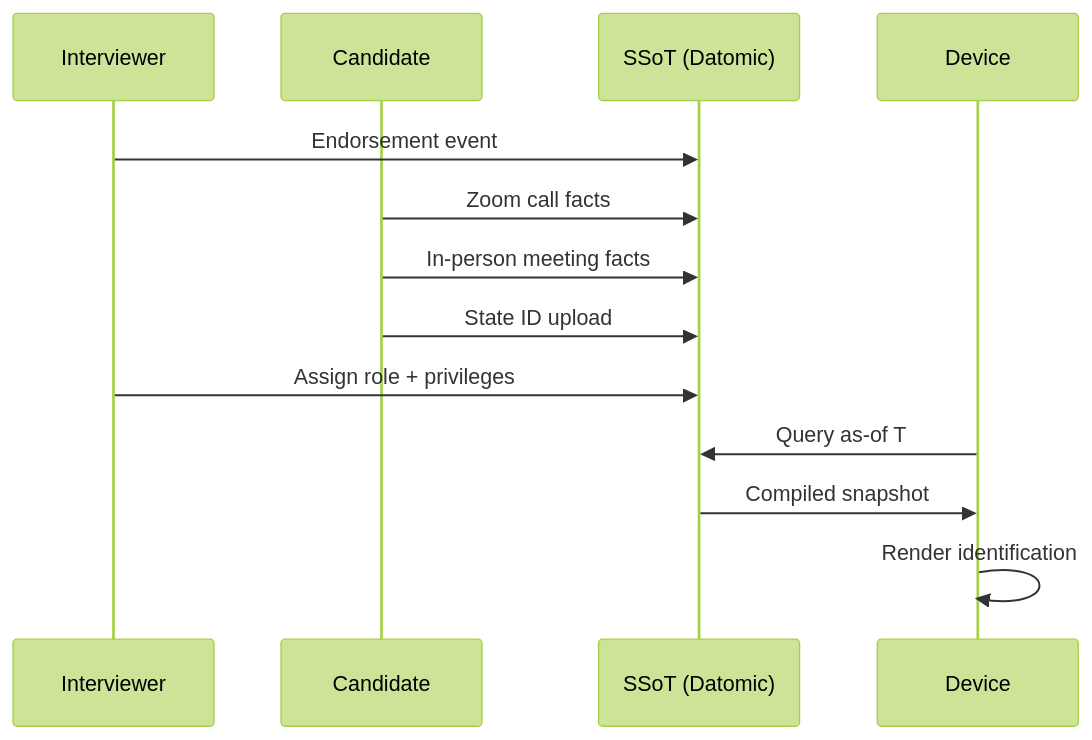
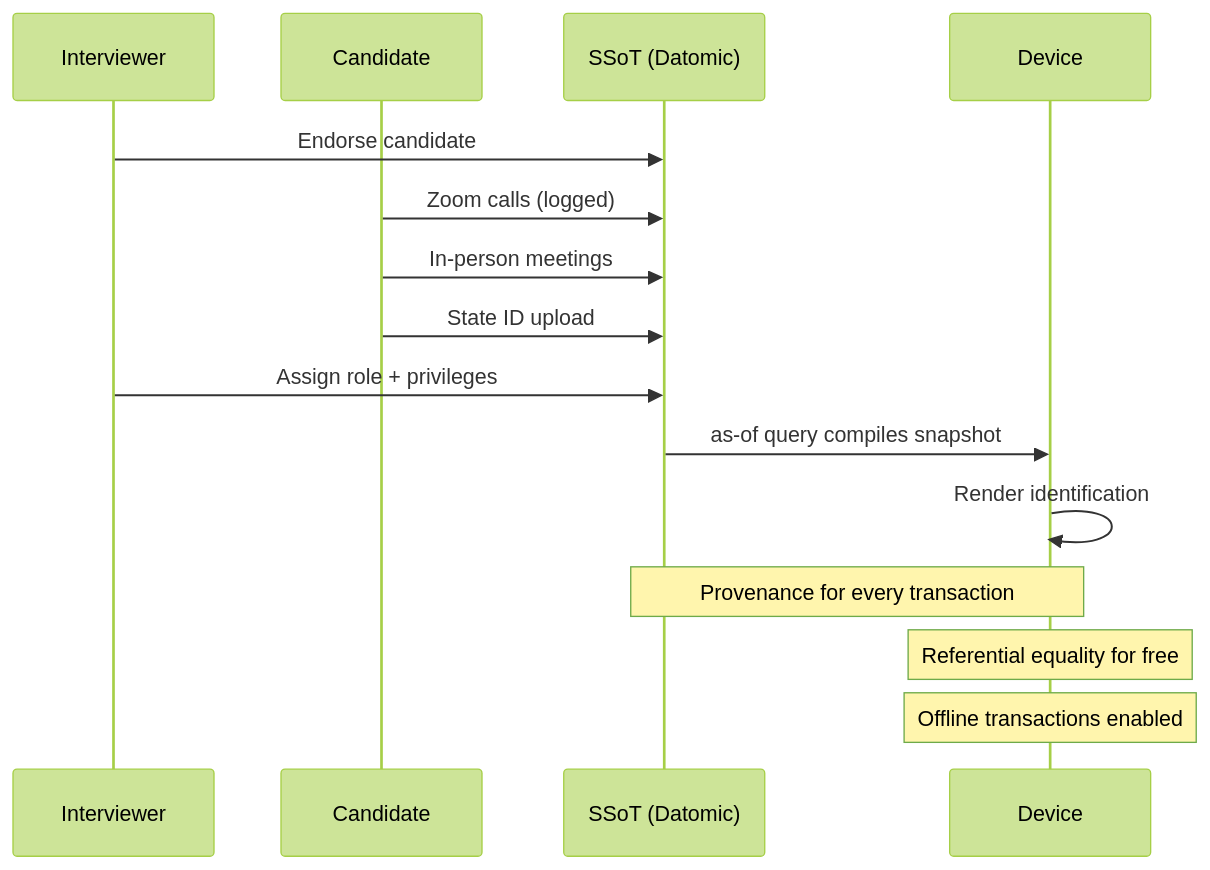
One commit to Synthetic-Identity-Co/conj-talk-2025 changed the second of 6 diagrams in conj-talk-2025.md. Above: the diagram before and after it, drawn with Mermaid (forest theme). The commit also changed other lines of this file, not shown here.

````diff
--- a/conj-talk-2025.md
+++ b/conj-talk-2025.md
@@ -144,16 +115,19 @@
 ```mermaid
 sequenceDiagram
     participant I as Interviewer
     participant C as Candidate
     participant S as SSoT (Datomic)
     participant D as Device
     
-    I->>S: Endorsement event
-    C->>S: Zoom call facts
-    C->>S: In-person meeting facts
+    I->>S: Endorse candidate
+    C->>S: Zoom calls (logged)
+    C->>S: In-person meetings
     C->>S: State ID upload
     I->>S: Assign role + privileges
-    D->>S: Query as-of T
-    S->>D: Compiled snapshot
+    S->>D: as-of query compiles snapshot
     D->>D: Render identification
+    
+    Note over S,D: Provenance for every transaction
+    Note over D: Referential equality for free
+    Note over D: Offline transactions enabled
 ```
````
